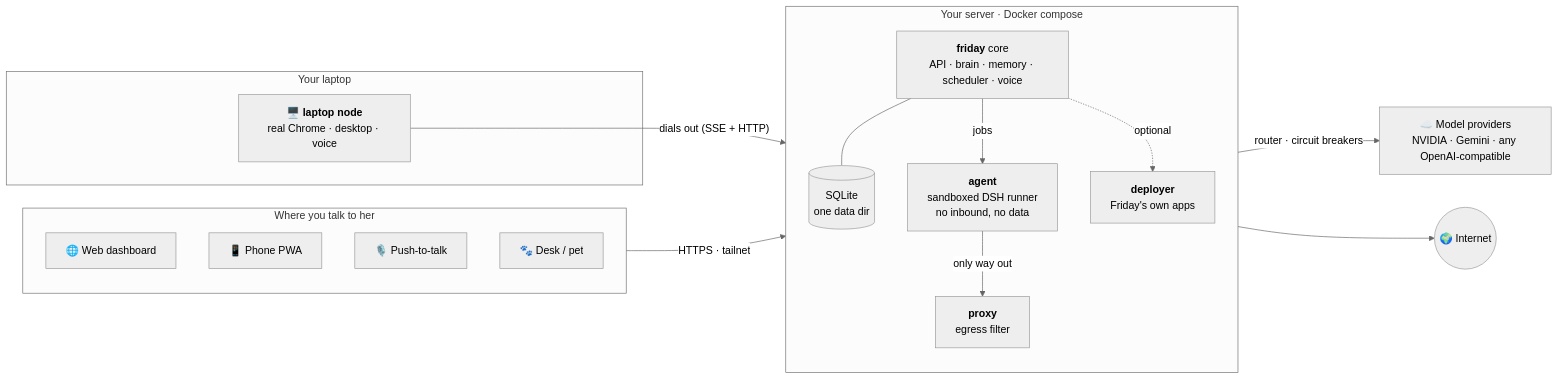
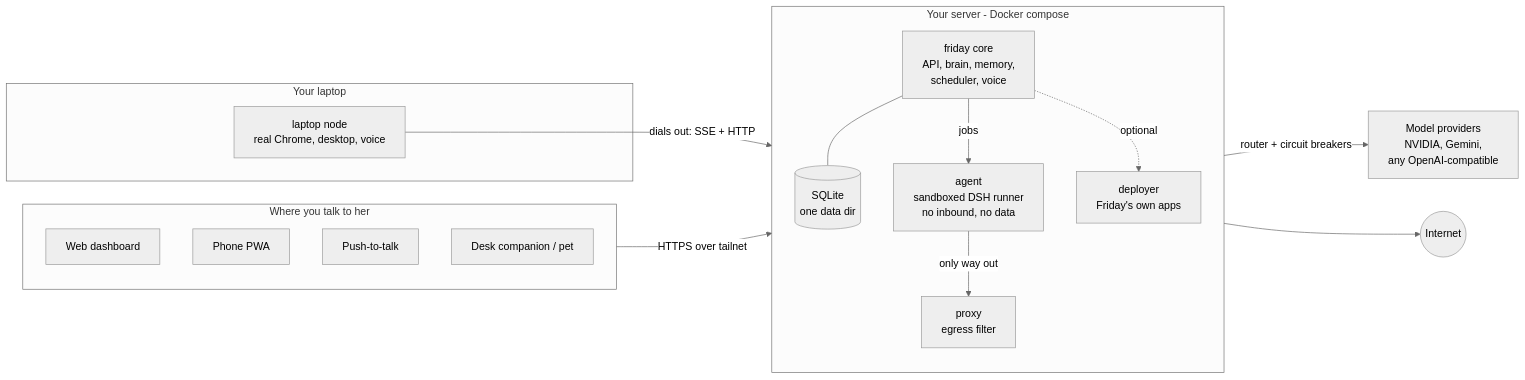
Before and after one commit to atharvb7/friday: the first of 2 diagrams in README.md, drawn with Mermaid (neutral theme). The commit also changed other lines of this file, not shown here.

Commit message:
README: architecture diagram in plain Mermaid syntax so GitHub renders it; wrap the chat example

````diff
--- a/README.md
+++ b/README.md
@@ -151,33 +153,34 @@
 ```mermaid
 flowchart LR
-  subgraph clients["Where you talk to her"]
-    web["🌐 Web dashboard"]
-    pwa["📱 Phone PWA"]
-    ptt["🎙️ Push-to-talk"]
-    pet["🐾 Desk / pet"]
+  subgraph clients [Where you talk to her]
+    web[Web dashboard]
+    pwa[Phone PWA]
+    ptt[Push-to-talk]
+    pet[Desk companion / pet]
   end
 
-  subgraph server["Your server · Docker compose"]
+  subgraph server [Your server - Docker compose]
     direction TB
-    core["<b>friday</b> core<br/>API · brain · memory · scheduler · voice"]
-    db[("SQLite<br/>one data dir")]
-    agent["<b>agent</b><br/>sandboxed DSH runner<br/>no inbound, no data"]
-    proxy["<b>proxy</b><br/>egress filter"]
-    deployer["<b>deployer</b><br/>Friday's own apps"]
+    core[friday core<br/>API, brain, memory,<br/>scheduler, voice]
+    db[(SQLite<br/>one data dir)]
+    agent[agent<br/>sandboxed DSH runner<br/>no inbound, no data]
+    proxy[proxy<br/>egress filter]
+    deployer[deployer<br/>Friday's own apps]
     core --- db
-    core -- "jobs" --> agent
-    agent -- "only way out" --> proxy
-    core -. "optional" .-> deployer
+    core -->|jobs| agent
+    agent -->|only way out| proxy
+    core -.->|optional| deployer
   end
 
-  subgraph laptop["Your laptop"]
-    node["🖥️ <b>laptop node</b><br/>real Chrome · desktop · voice"]
+  subgraph laptop [Your laptop]
+    node[laptop node<br/>real Chrome, desktop, voice]
   end
 
-  models["☁️ Model providers<br/>NVIDIA · Gemini · any OpenAI-compatible"]
+  models[Model providers<br/>NVIDIA, Gemini,<br/>any OpenAI-compatible]
+  internet((Internet))
 
-  clients -- "HTTPS · tailnet" --> core
-  node -- "dials out (SSE + HTTP)" --> core
-  core -- "router · circuit breakers" --> models
-  proxy --> internet(("🌍 Internet"))
+  clients -->|HTTPS over tailnet| core
+  node -->|dials out: SSE + HTTP| core
+  core -->|router + circuit breakers| models
+  proxy --> internet
 ```
````
